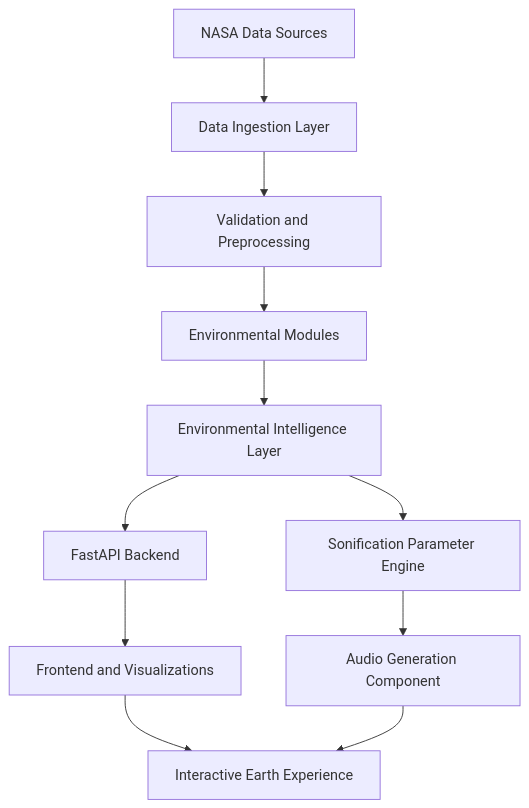
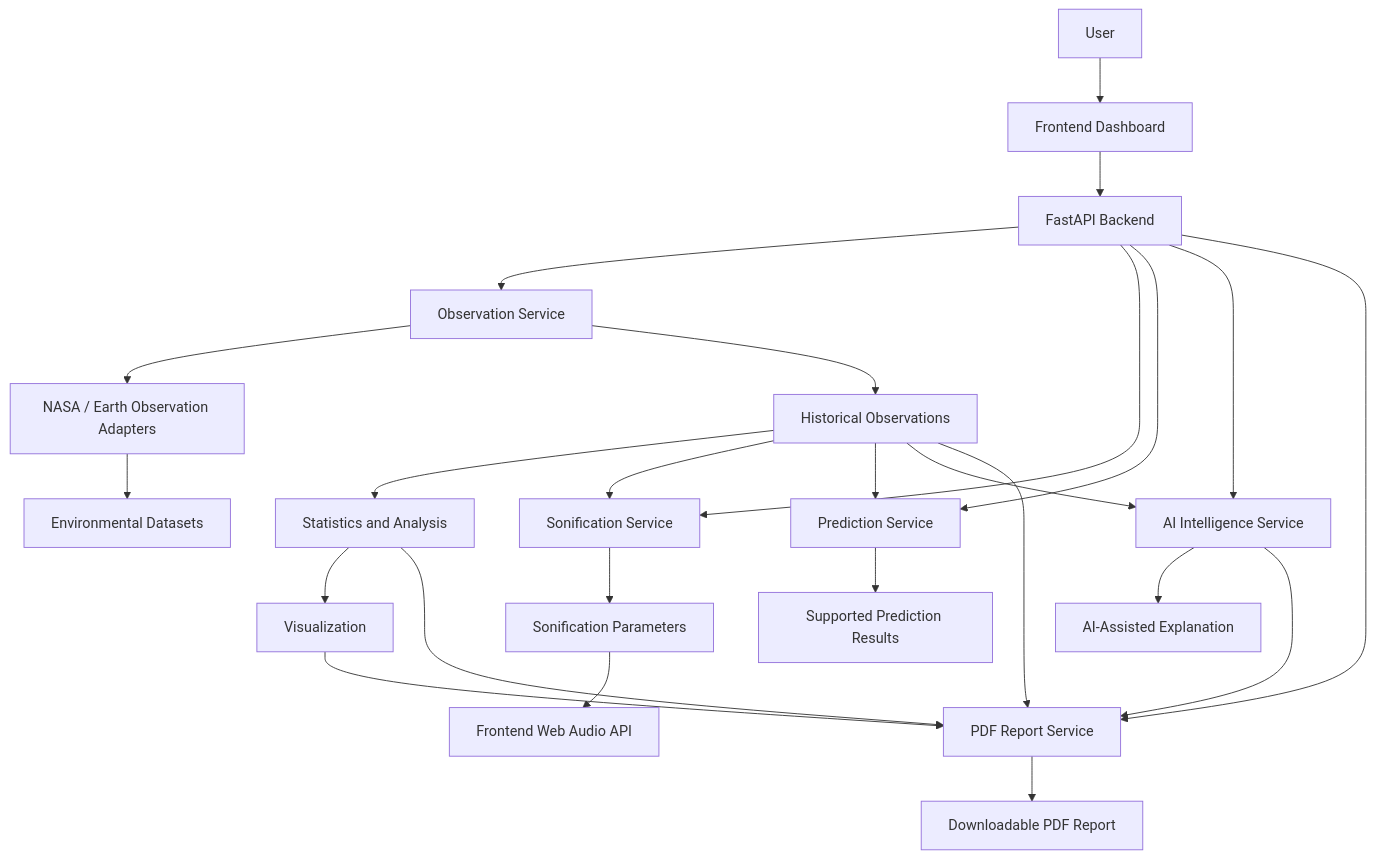
Before and after one commit to kasidmd34-sudo/Earth-JukeBox: the diagram in README.md, drawn with Mermaid. The commit also changed other lines of this file, not shown here.

````diff
--- a/README.md
+++ b/README.md
@@ -96,17 +164,34 @@
 ```mermaid
 flowchart TD
-    A["NASA Data Sources"] --> B["Data Ingestion Layer"]
-    B --> C["Validation and Preprocessing"]
-    C --> D["Environmental Modules"]
+    A[User] --> B[Frontend Dashboard]
+    B --> C[FastAPI Backend]
 
-    D --> E["Environmental Intelligence Layer"]
-    E --> F["FastAPI Backend"]
+    C --> D[Observation Service]
+    C --> E[Sonification Service]
+    C --> F[Prediction Service]
+    C --> G[AI Intelligence Service]
+    C --> H[PDF Report Service]
 
-    E --> G["Sonification Parameter Engine"]
+    D --> I[NASA / Earth Observation Adapters]
+    I --> J[Environmental Datasets]
 
-    F --> H["Frontend and Visualizations"]
-    G --> I["Audio Generation Component"]
+    D --> K[Historical Observations]
+    K --> L[Statistics and Analysis]
+    L --> M[Visualization]
 
-    H --> J["Interactive Earth Experience"]
-    I --> J
+    K --> E
+    E --> N[Sonification Parameters]
+    N --> O[Frontend Web Audio API]
+
+    K --> F
+    F --> P[Supported Prediction Results]
+
+    K --> G
+    G --> Q[AI-Assisted Explanation]
+
+    K --> H
+    L --> H
+    M --> H
+    G --> H
+    H --> R[Downloadable PDF Report]
 ```
````
